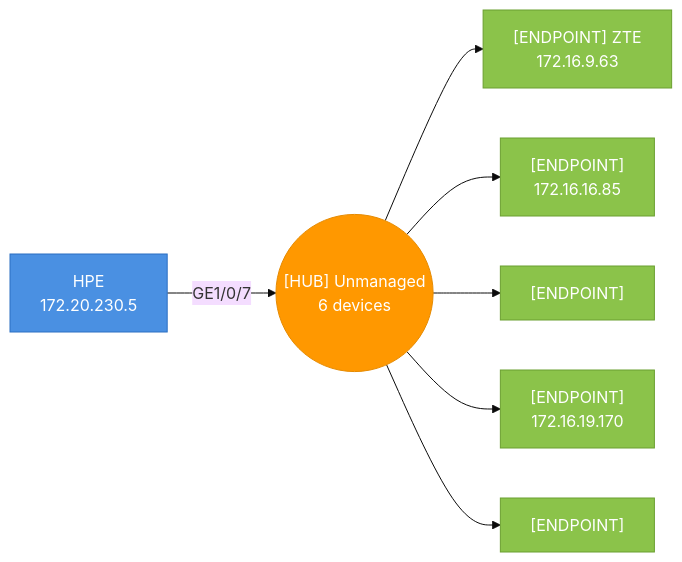
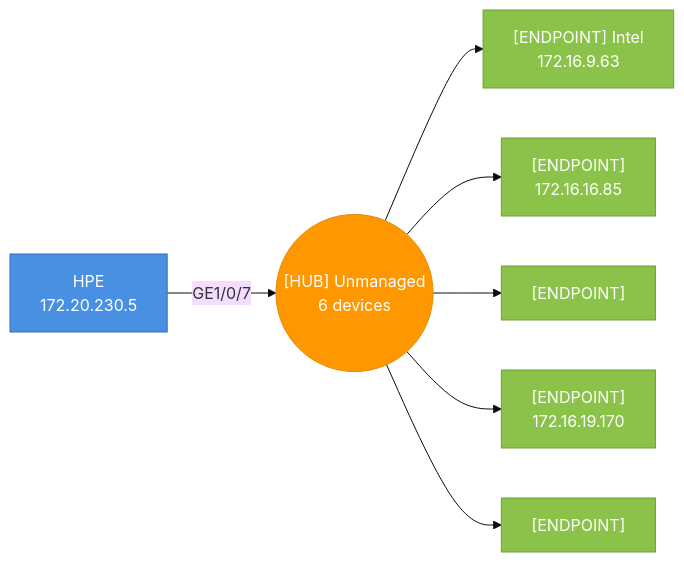
Before and after one commit to djamic/LLDP-Skanner-Go: diagram 16 of 38 in testdata/golden/audit_default.md, drawn with Mermaid (base theme). The commit also changed other lines of this file and 11 other files, not shown here.

````diff
--- a/testdata/golden/audit_default.md
+++ b/testdata/golden/audit_default.md
@@ -1687,23 +1627,23 @@
 ```mermaid
 graph LR
   hub_4caea3a218ec_p7(("[HUB] Unmanaged<br>6 devices"))
   4caea3a218ec["HPE<br>172.20.230.5"]
   4caea3a218ec-- "GE1/0/7" -->hub_4caea3a218ec_p7
   style 4caea3a218ec fill:#4A90E2,stroke:#2A6FC2,color:#fff
-  14857fccb76c["[ENDPOINT] ZTE<br>172.16.9.63"]
+  14857fccb76c["[ENDPOINT] Intel<br>172.16.9.63"]
   hub_4caea3a218ec_p7-->14857fccb76c
   style 14857fccb76c fill:#8BC34A,stroke:#6B9F30,color:#fff
   3609c6c1053b["[ENDPOINT]<br>172.16.16.85"]
   hub_4caea3a218ec_p7-->3609c6c1053b
   style 3609c6c1053b fill:#8BC34A,stroke:#6B9F30,color:#fff
   64eeb7a7d170["[ENDPOINT]"]
   hub_4caea3a218ec_p7-->64eeb7a7d170
   style 64eeb7a7d170 fill:#8BC34A,stroke:#6B9F30,color:#fff
   7aaad80032bf["[ENDPOINT]<br>172.16.19.170"]
   hub_4caea3a218ec_p7-->7aaad80032bf
   style 7aaad80032bf fill:#8BC34A,stroke:#6B9F30,color:#fff
   aaa395632235["[ENDPOINT]"]
   hub_4caea3a218ec_p7-->aaa395632235
   style aaa395632235 fill:#8BC34A,stroke:#6B9F30,color:#fff
   style hub_4caea3a218ec_p7 fill:#FF9800,stroke:#E68A00,color:#fff
 ```
````
